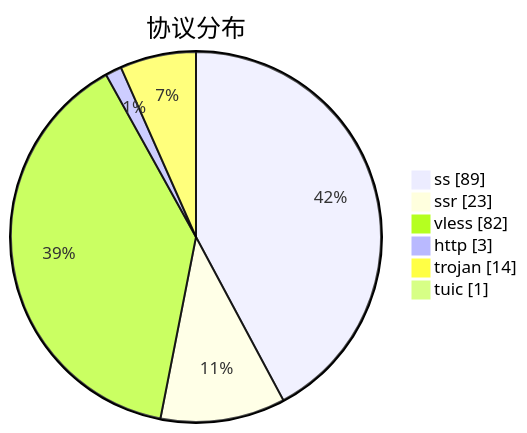
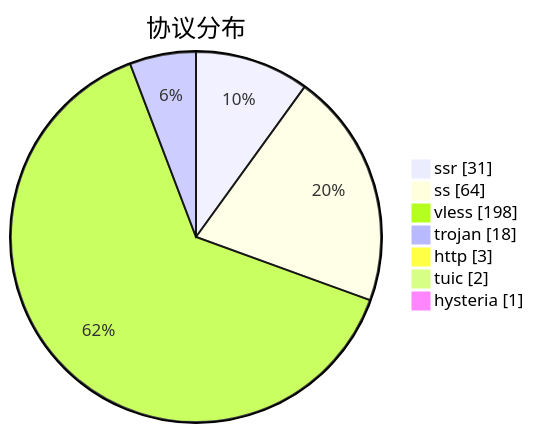
Before and after one commit to qjlxg/airport: the third of 3 diagrams in subs/statistics/tested_within.md, drawn with Mermaid. The commit also changed other lines of this file and 2 other files, not shown here.

````diff
--- a/subs/statistics/tested_within.md
+++ b/subs/statistics/tested_within.md
@@ -31,10 +32,11 @@
 ```mermaid
 pie showData
 title 协议分布
-"ss" : 89
-"ssr" : 23
-"vless" : 82
+"ssr" : 31
+"ss" : 64
+"vless" : 198
+"trojan" : 18
 "http" : 3
-"trojan" : 14
-"tuic" : 1
+"tuic" : 2
+"hysteria" : 1
 ```
````
